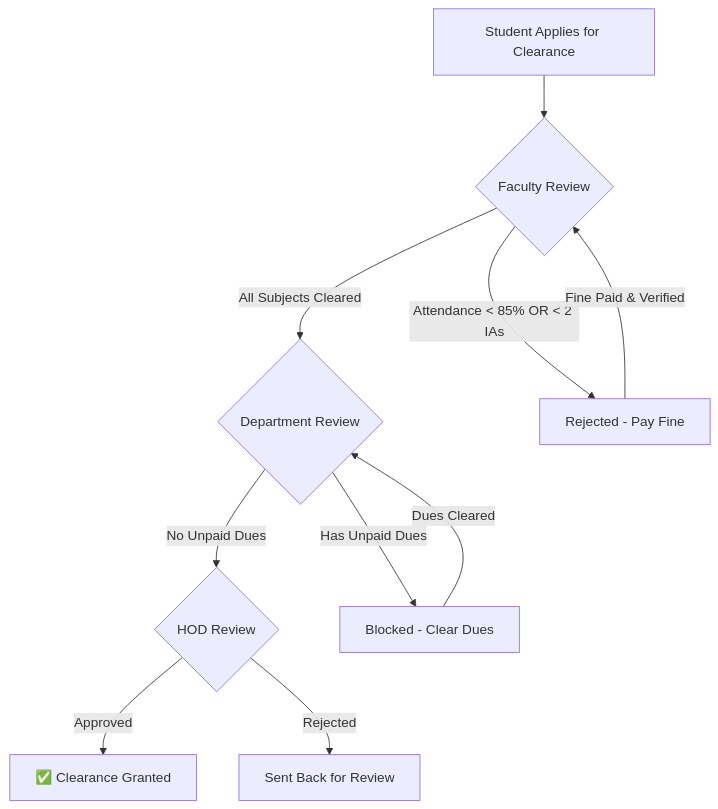
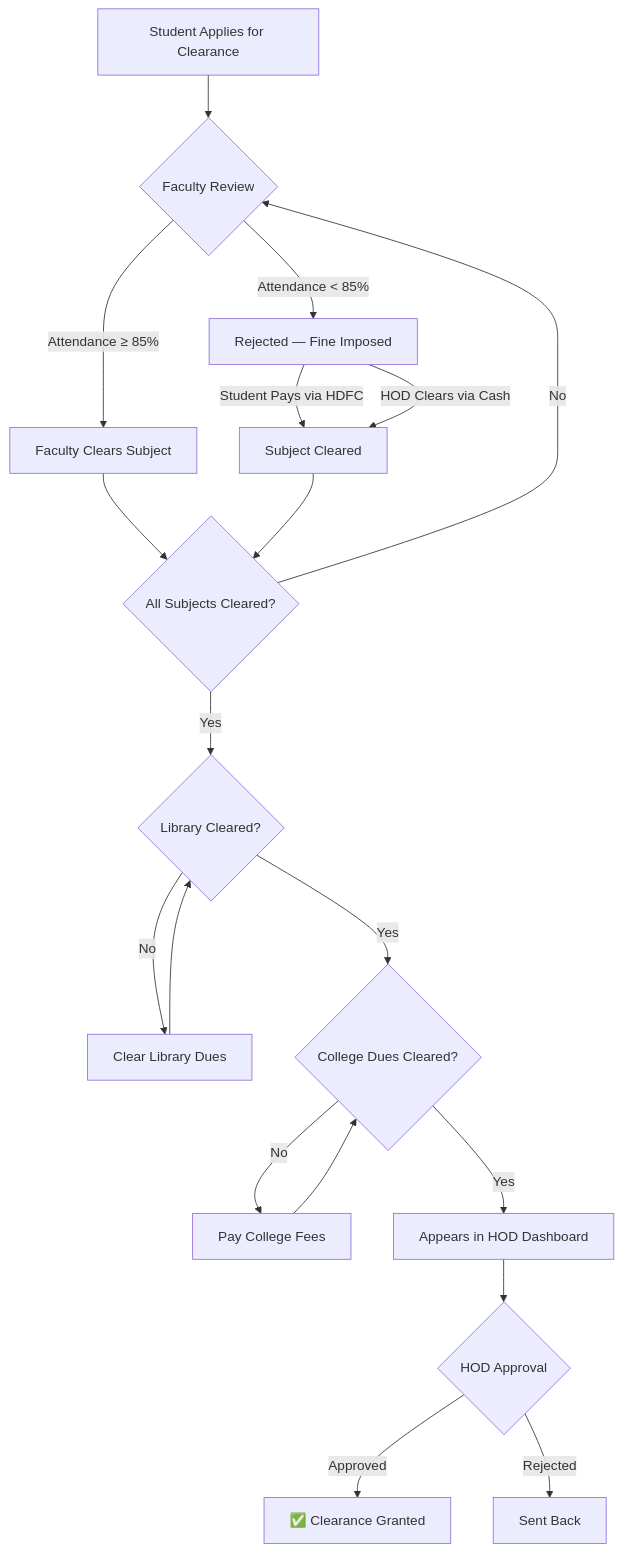
The first of 3 diagrams in README.md (visheshdevanur/NOC-Portal), drawn with Mermaid before and after one commit. The commit also changed other lines of this file, not shown here.

Commit message:
docs: update README with HDFC SmartGateway, corrected clearance workflow, payment sequence diagrams

````diff
--- a/README.md
+++ b/README.md
@@ -152,12 +180,21 @@
 ```mermaid
 graph TD
     A[Student Applies for Clearance] --> B{Faculty Review}
-    B -->|All Subjects Cleared| C{Department Review}
-    B -->|Attendance < 85% OR < 2 IAs| D[Rejected - Pay Fine]
-    D -->|Fine Paid & Verified| B
-    C -->|No Unpaid Dues| E{HOD Review}
-    C -->|Has Unpaid Dues| F[Blocked - Clear Dues]
-    F -->|Dues Cleared| C
-    E -->|Approved| G[✅ Clearance Granted]
-    E -->|Rejected| H[Sent Back for Review]
+    B -->|Attendance ≥ 85%| C[Faculty Clears Subject]
+    B -->|Attendance < 85%| D[Rejected — Fine Imposed]
+    D -->|Student Pays via HDFC| E[Subject Cleared]
+    D -->|HOD Clears via Cash| E
+    C --> F{All Subjects Cleared?}
+    E --> F
+    F -->|No| B
+    F -->|Yes| G{Library Cleared?}
+    G -->|No| H[Clear Library Dues]
+    H --> G
+    G -->|Yes| I{College Dues Cleared?}
+    I -->|No| J[Pay College Fees]
+    J --> I
+    I -->|Yes| K[Appears in HOD Dashboard]
+    K --> L{HOD Approval}
+    L -->|Approved| M[✅ Clearance Granted]
+    L -->|Rejected| N[Sent Back]
 ```
````
